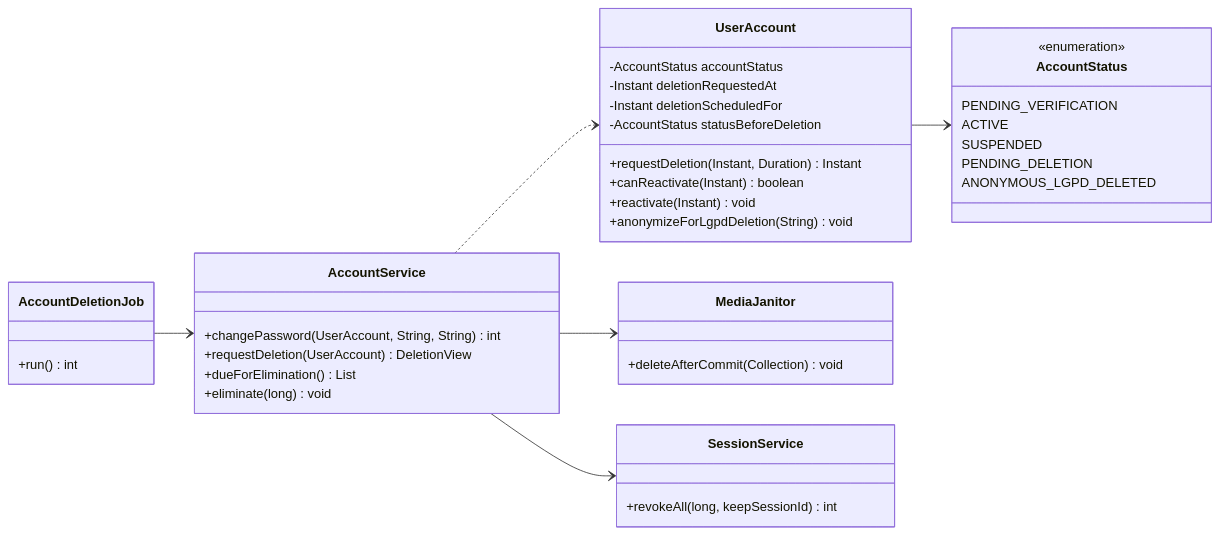
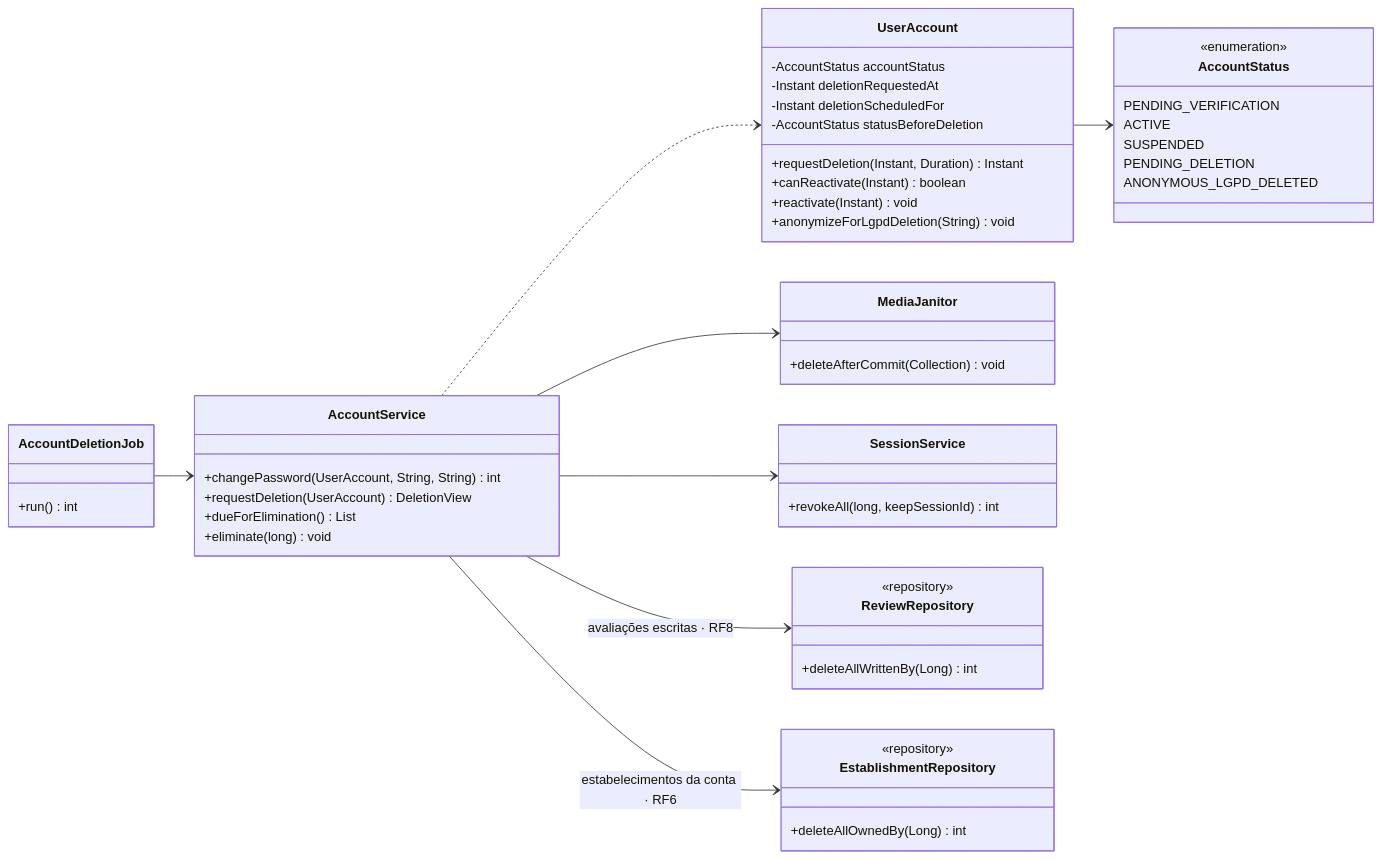
Before and after one commit to MatheusHaliski/Friendly-Eats: the diagram in docs/RF5/classes.md, drawn with Mermaid. The commit also changed 79 other files, not shown here.

````diff
--- a/docs/RF5/classes.md
+++ b/docs/RF5/classes.md
@@ -3,42 +3,52 @@
 ```mermaid
 classDiagram
     direction LR
     class UserAccount {
         -AccountStatus accountStatus
         -Instant deletionRequestedAt
         -Instant deletionScheduledFor
         -AccountStatus statusBeforeDeletion
         +requestDeletion(Instant, Duration) Instant
         +canReactivate(Instant) boolean
         +reactivate(Instant) void
         +anonymizeForLgpdDeletion(String) void
     }
     class AccountStatus {
         <<enumeration>>
         PENDING_VERIFICATION
         ACTIVE
         SUSPENDED
         PENDING_DELETION
         ANONYMOUS_LGPD_DELETED
     }
     class AccountService {
         +changePassword(UserAccount, String, String) int
         +requestDeletion(UserAccount) DeletionView
         +dueForElimination() List
         +eliminate(long) void
     }
     class AccountDeletionJob {
         +run() int
     }
     class MediaJanitor {
         +deleteAfterCommit(Collection) void
     }
     class SessionService {
         +revokeAll(long, keepSessionId) int
     }
+    class ReviewRepository {
+        <<repository>>
+        +deleteAllWrittenBy(Long) int
+    }
+    class EstablishmentRepository {
+        <<repository>>
+        +deleteAllOwnedBy(Long) int
+    }
     AccountDeletionJob --> AccountService
     AccountService --> MediaJanitor
     AccountService --> SessionService
+    AccountService --> ReviewRepository : avaliações escritas · RF8
+    AccountService --> EstablishmentRepository : estabelecimentos da conta · RF6
     AccountService ..> UserAccount
     UserAccount --> AccountStatus
 ```
````
